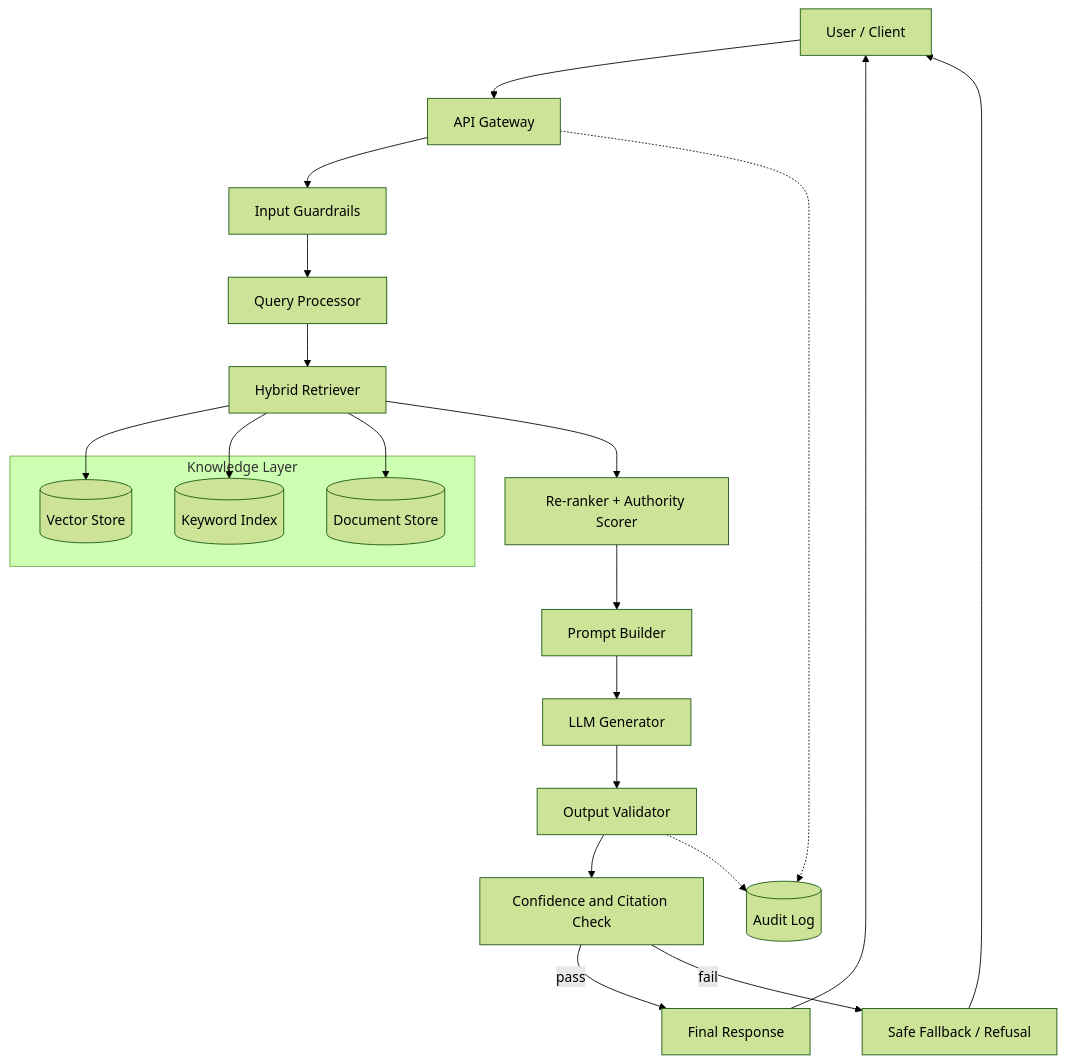
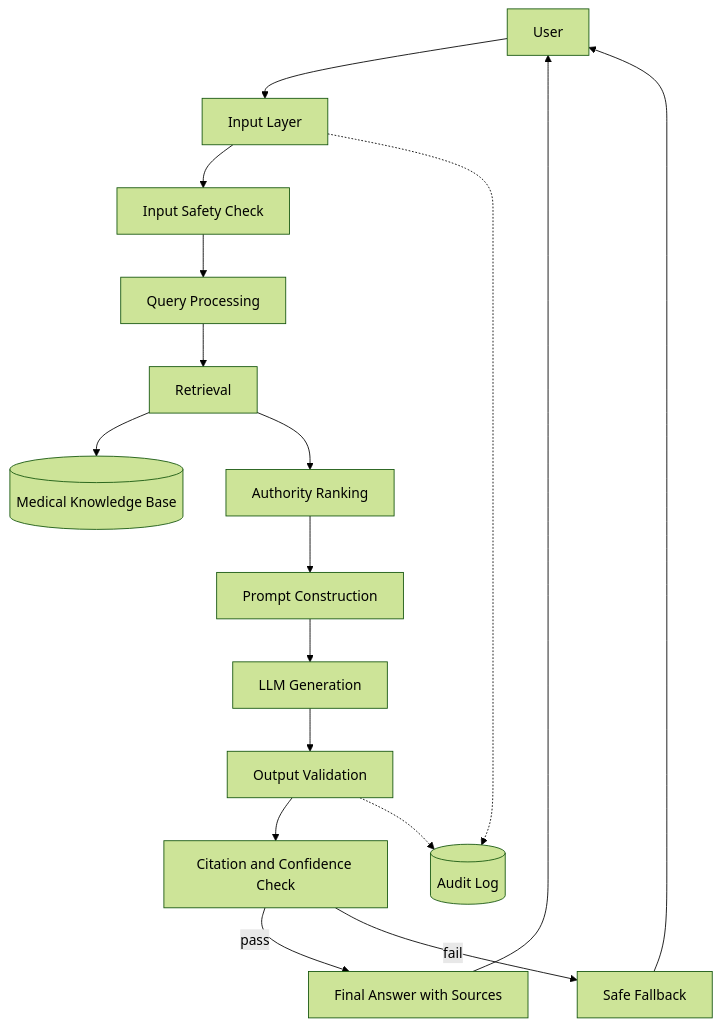
The first of 3 diagrams in README.md (osamashabih6960/-Medical-LLM-Authority), drawn with Mermaid (forest theme) before and after one commit. The commit also changed other lines of this file, not shown here.

````diff
--- a/README.md
+++ b/README.md
@@ -58,29 +48,19 @@
 ```mermaid
 flowchart TD
-    U[User / Client] --> API[API Gateway]
-    API --> IG[Input Guardrails]
-    IG --> QP[Query Processor]
-    QP --> RT[Hybrid Retriever]
-
-    subgraph KB[Knowledge Layer]
-        VS[(Vector Store)]
-        KW[(Keyword Index)]
-        DS[(Document Store)]
-    end
-
-    RT --> VS
-    RT --> KW
-    RT --> DS
-    RT --> RR[Re-ranker + Authority Scorer]
-    RR --> PB[Prompt Builder]
-    PB --> LLM[LLM Generator]
-    LLM --> OV[Output Validator]
-    OV --> CF[Confidence and Citation Check]
-    CF -->|pass| RESP[Final Response]
-    CF -->|fail| FB[Safe Fallback / Refusal]
+    U[User] --> IN[Input Layer]
+    IN --> SG[Input Safety Check]
+    SG --> QP[Query Processing]
+    QP --> RT[Retrieval]
+    RT --> KB[(Medical Knowledge Base)]
+    RT --> AR[Authority Ranking]
+    AR --> PB[Prompt Construction]
+    PB --> LLM[LLM Generation]
+    LLM --> OV[Output Validation]
+    OV --> CC[Citation and Confidence Check]
+    CC -->|pass| RESP[Final Answer with Sources]
+    CC -->|fail| FB[Safe Fallback]
     RESP --> U
     FB --> U
-
-    API -.-> LOG[(Audit Log)]
+    IN -.-> LOG[(Audit Log)]
     OV -.-> LOG
 ```
````
